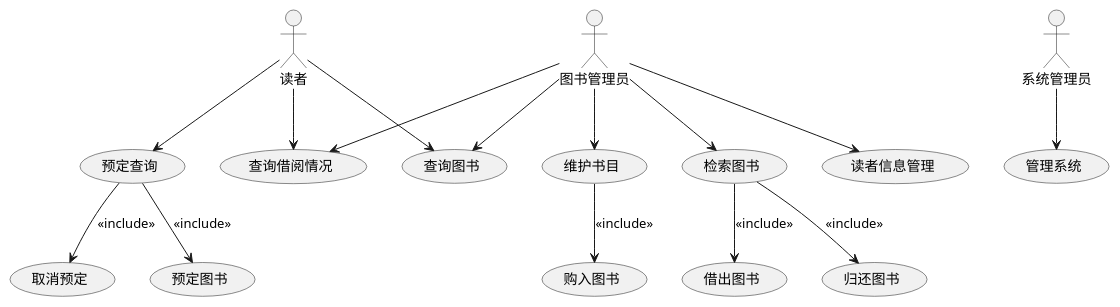
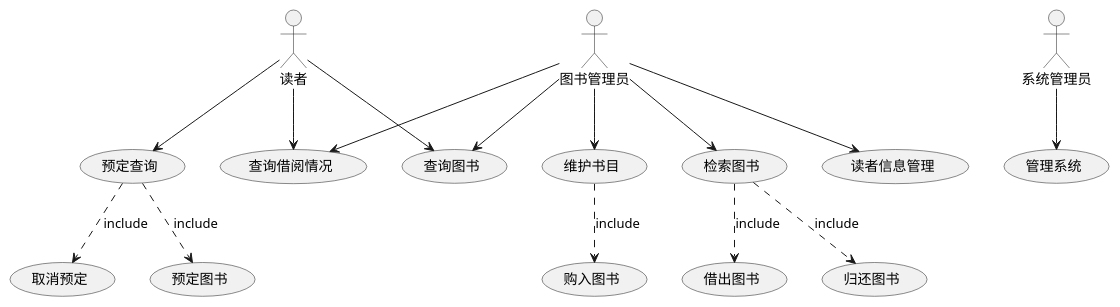
The diagram in test2/plantuml1.puml (SuperTchain/is_analysis), drawn with PlantUML before and after one commit. The commit also changed 2 other files, not shown here.

Commit message:
Correct the error of include solid line, and change the picture specification diagram into a table

```diff
--- a/test2/plantuml1.puml
+++ b/test2/plantuml1.puml
@@ -1,35 +1,35 @@
 @startuml
 usecase (预定图书)
 usecase (取消预定)
 usecase (读者信息管理)
 usecase (查询图书)
 usecase (借出图书)
 usecase (归还图书)
 usecase (维护书目)
 usecase (查询借阅情况)
 usecase (购入图书)
 usecase (管理系统)
 
 actor :图书管理员:
 actor :读者:
 actor :系统管理员:
 
 :图书管理员: --> (检索图书)
 :图书管理员: --> (读者信息管理)
 :图书管理员: --> (维护书目)
 :图书管理员: --> (查询图书)
 :图书管理员: --> (查询借阅情况)
 
 :读者: --> (查询图书)
 :读者: --> (查询借阅情况)
 :读者: --> (预定查询)
 
 :系统管理员: --> (管理系统)
 
-(维护书目) --> (购入图书) : <<include>>
-(检索图书) --> (借出图书) : <<include>>
-(检索图书) --> (归还图书) : <<include>>
-(预定查询) --> (预定图书) : <<include>>
-(预定查询) --> (取消预定) : <<include>>
+(维护书目) ..> (购入图书) : include
+(检索图书) ..> (借出图书) : include
+(检索图书) ..> (归还图书) : include
+(预定查询) ..> (预定图书) : include
+(预定查询) ..> (取消预定) : include
 
 @enduml
```
